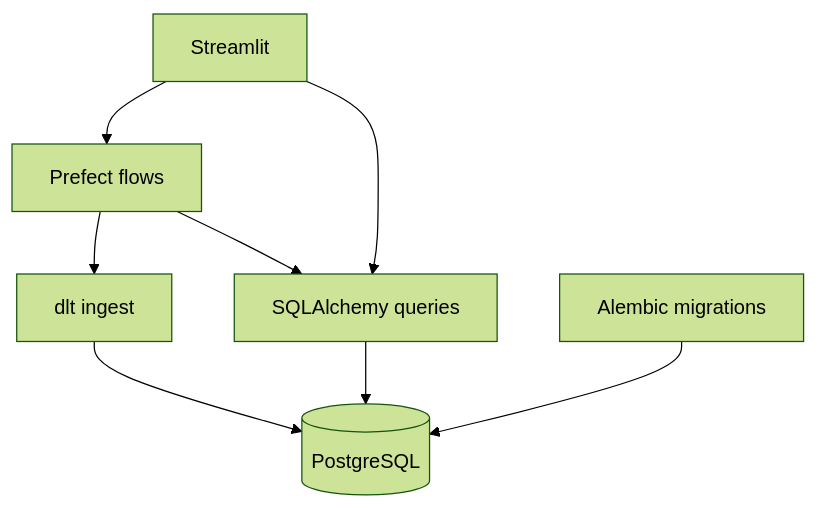
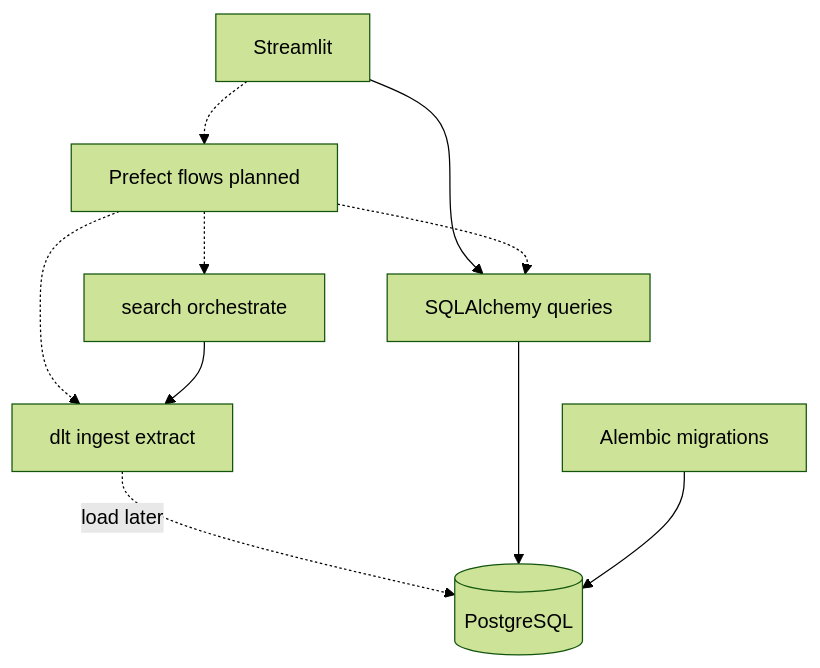
Before and after one commit to GustavoRusso/paper-reviewer: the diagram in docs/technology-stack.md, drawn with Mermaid (forest theme). The commit also changed other lines of this file and 6 other files, not shown here.

````diff
--- a/docs/technology-stack.md
+++ b/docs/technology-stack.md
@@ -30,17 +31,20 @@
 ```mermaid
 flowchart TB
   ui[Streamlit]
-  orch[Prefect flows]
-  ingest[dlt ingest]
+  orch[Prefect flows planned]
+  search[search orchestrate]
+  ingest[dlt ingest extract]
   orm[SQLAlchemy queries]
   db[(PostgreSQL)]
   mig[Alembic migrations]
 
-  ui --> orch
-  orch --> ingest
-  orch --> orm
   ui --> orm
-  ingest --> db
+  ui -.-> orch
+  orch -.-> search
+  orch -.-> ingest
+  orch -.-> orm
+  search --> ingest
+  ingest -.->|"load later"| db
   orm --> db
   mig --> db
 ```
````
